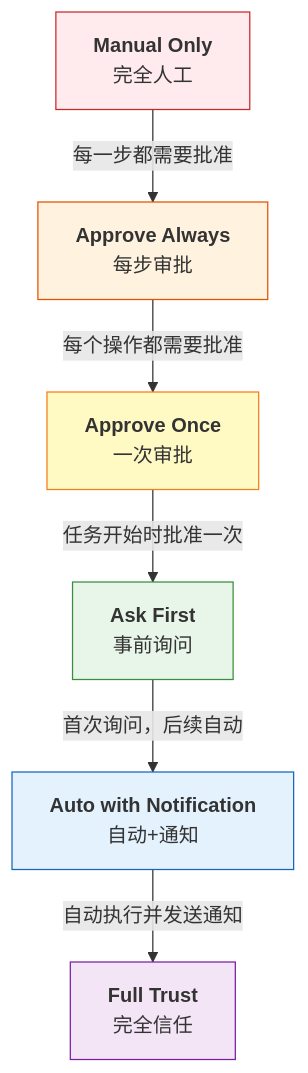
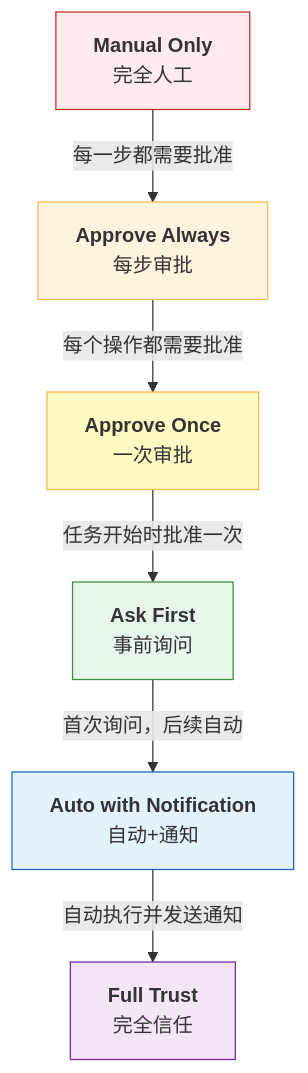
One commit to yeasy/harness_engineering_guide changed the diagram in 12_security/12.2_permission_sandbox.md. Above: the diagram before and after it, drawn with Mermaid. The commit also changed 10 other files, not shown here.

Commit message:
Fix saturated Mermaid stroke colors

````diff
--- a/12_security/12.2_permission_sandbox.md
+++ b/12_security/12.2_permission_sandbox.md
@@ -72,15 +72,15 @@
 ```mermaid
 flowchart TD
     A["<b>Manual Only</b><br/>完全人工"] -->|每一步都需要批准| B["<b>Approve Always</b><br/>每步审批"]
     B -->|每个操作都需要批准| C["<b>Approve Once</b><br/>一次审批"]
     C -->|任务开始时批准一次| D["<b>Ask First</b><br/>事前询问"]
     D -->|首次询问，后续自动| E["<b>Auto with Notification</b><br/>自动+通知"]
     E -->|自动执行并发送通知| F["<b>Full Trust</b><br/>完全信任"]
 
     style A fill:#ffebee,stroke:#c62828
-    style B fill:#fff3e0,stroke:#e65100
-    style C fill:#fff9c4,stroke:#f57f17
+    style B fill:#fff3e0,stroke:#ffb74d
+    style C fill:#fff9c4,stroke:#ffb74d
     style D fill:#e8f5e9,stroke:#388e3c
     style E fill:#e3f2fd,stroke:#1565c0
     style F fill:#f3e5f5,stroke:#7b1fa2
 ```
````
